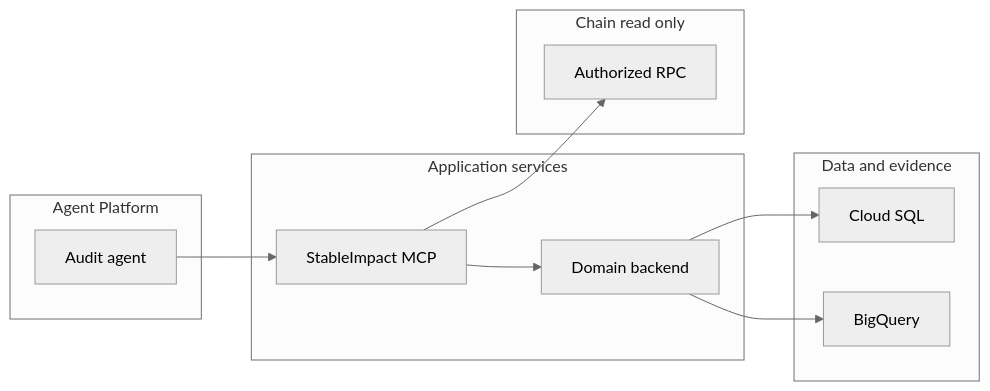
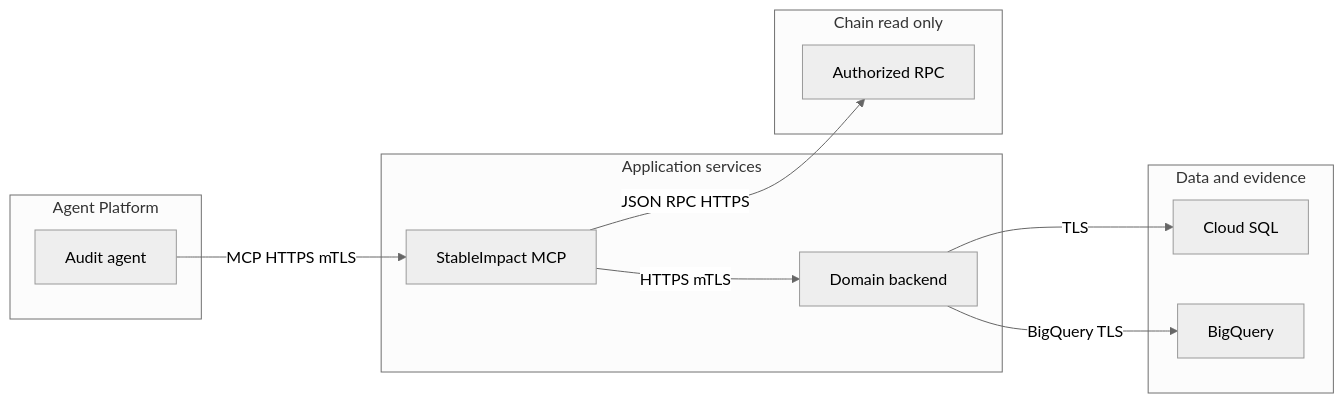
One commit to eweinmanepam/Documents changed diagram 12 of 21 in stableimpact-design.md. Above: the diagram before and after it, drawn with Mermaid (neutral theme). The commit also changed other lines of this file, not shown here.

````diff
--- a/stableimpact-design.md
+++ b/stableimpact-design.md
@@ -354,26 +361,26 @@
 ```mermaid
 flowchart LR
   subgraph Platform[Agent Platform]
-    AGENT[Audit agent]
+    A_AGENT[Audit agent]
   end
 
   subgraph AppSvc[Application services]
-    MCP[StableImpact MCP]
-    API[Domain backend]
+    A_MCP[StableImpact MCP]
+    A_API[Domain backend]
   end
 
   subgraph DataZone[Data and evidence]
-    SQL[Cloud SQL]
-    BQ[BigQuery]
+    A_SQL[Cloud SQL]
+    A_BQ[BigQuery]
   end
 
   subgraph Chain[Chain read only]
-    RPC[Authorized RPC]
+    A_RPC[Authorized RPC]
   end
 
-  AGENT --> MCP
-  MCP --> API
-  API --> SQL
-  API --> BQ
-  MCP --> RPC
+  A_AGENT -->|MCP HTTPS mTLS| A_MCP
+  A_MCP -->|HTTPS mTLS| A_API
+  A_API -->|TLS| A_SQL
+  A_API -->|BigQuery TLS| A_BQ
+  A_MCP -->|JSON RPC HTTPS| A_RPC
 ```
````
